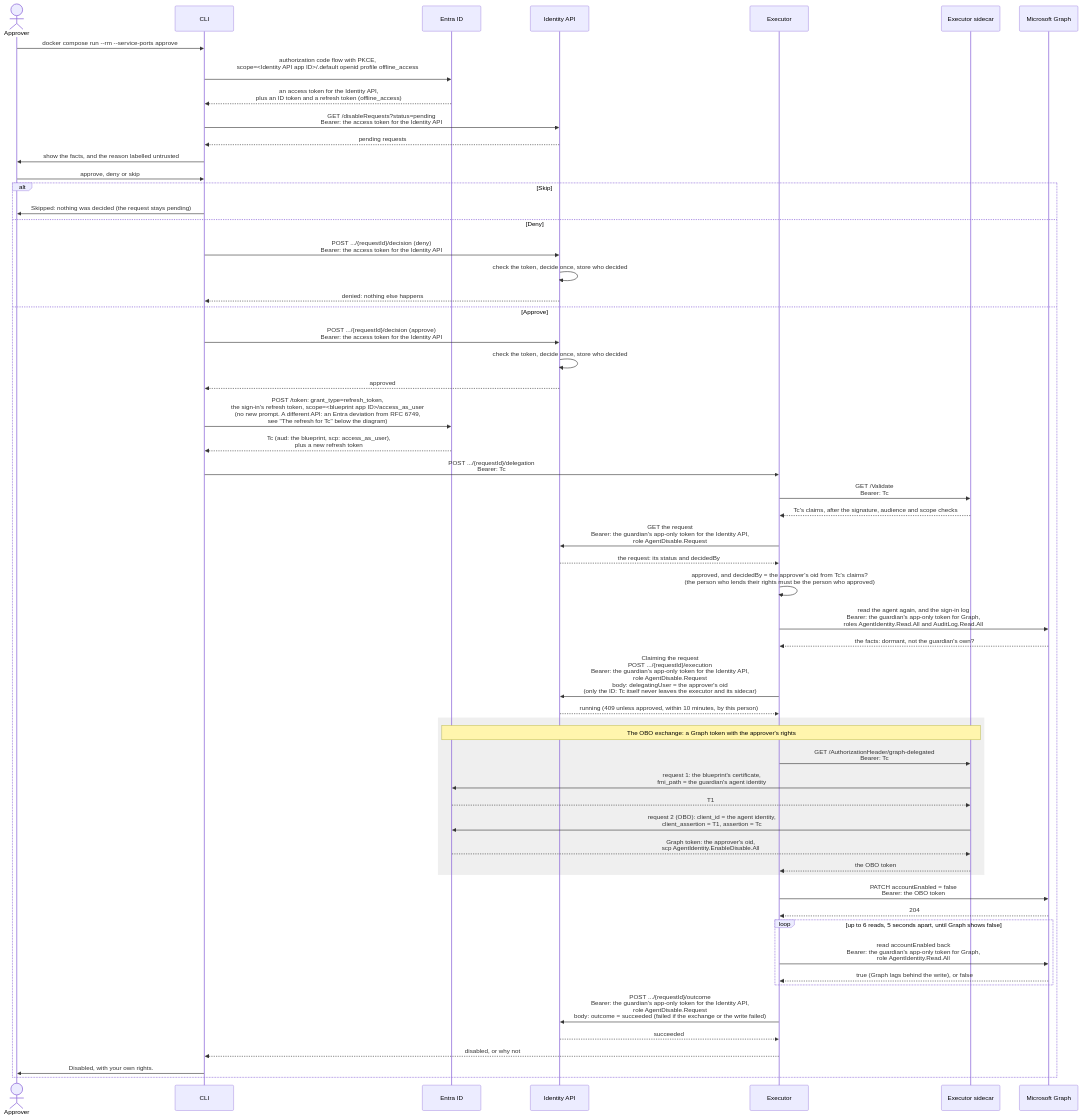
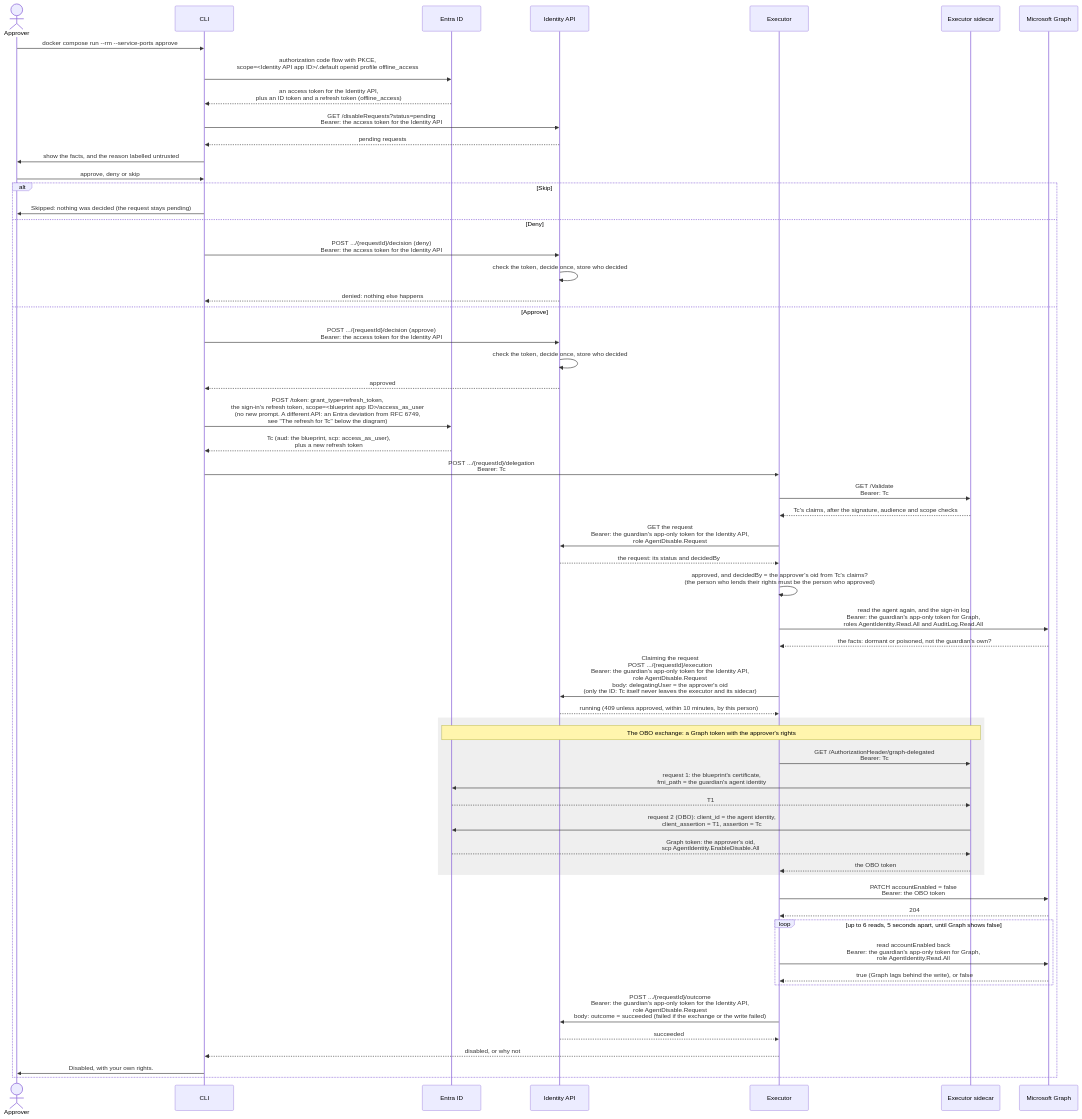
One commit to alireza-mpr/agent-steward changed the fourth of 6 diagrams in docs/agent-steward-architecture.md. Above: the diagram before and after it, drawn with Mermaid. The commit also changed other lines of this file and 21 other files, not shown here.

````diff
--- a/docs/agent-steward-architecture.md
+++ b/docs/agent-steward-architecture.md
@@ -283,61 +283,61 @@
 ```mermaid
 sequenceDiagram
     actor P as Approver
     participant C as CLI
     participant E as Entra ID
     participant A as Identity API
     participant X as Executor
     participant S as Executor sidecar
     participant G as Microsoft Graph
 
     P->>C: docker compose run --rm --service-ports approve
     C->>E: authorization code flow with PKCE,<br/>scope=#lt;Identity API app ID#gt;/.default openid profile offline_access<br/>
     E-->>C: an access token for the Identity API,<br/>plus an ID token and a refresh token (offline_access)
     C->>A: GET /disableRequests?status=pending<br/>Bearer: the access token for the Identity API
     A-->>C: pending requests
     C->>P: show the facts, and the reason labelled untrusted
     P->>C: approve, deny or skip
 
     alt Skip
         C->>P: Skipped: nothing was decided (the request stays pending)
     else Deny
         C->>A: POST .../{requestId}/decision (deny)<br/>Bearer: the access token for the Identity API
         A->>A: check the token, decide once, store who decided
         A-->>C: denied: nothing else happens
     else Approve
         C->>A: POST .../{requestId}/decision (approve)<br/>Bearer: the access token for the Identity API
         A->>A: check the token, decide once, store who decided
         A-->>C: approved
         C->>E: POST /token: grant_type=refresh_token,<br/>the sign-in's refresh token, scope=#lt;blueprint app ID#gt;/access_as_user<br/>(no new prompt. A different API: an Entra deviation from RFC 6749,<br/>see "The refresh for Tc" below the diagram)
         E-->>C: Tc (aud: the blueprint, scp: access_as_user),<br/>plus a new refresh token
         C->>X: POST .../{requestId}/delegation<br/>Bearer: Tc
         X->>S: GET /Validate<br/>Bearer: Tc
         S-->>X: Tc's claims, after the signature, audience and scope checks
         X->>A: GET the request<br/>Bearer: the guardian's app-only token for the Identity API,<br/>role AgentDisable.Request
         A-->>X: the request: its status and decidedBy
         X->>X: approved, and decidedBy = the approver's oid from Tc's claims?<br/>(the person who lends their rights must be the person who approved)
         X->>G: read the agent again, and the sign-in log<br/>Bearer: the guardian's app-only token for Graph,<br/>roles AgentIdentity.Read.All and AuditLog.Read.All
-        G-->>X: the facts: dormant, not the guardian's own?
+        G-->>X: the facts: dormant or poisoned, not the guardian's own?
         X->>A: Claiming the request<br/>POST .../{requestId}/execution<br/>Bearer: the guardian's app-only token for the Identity API,<br/>role AgentDisable.Request<br/>body: delegatingUser = the approver's oid<br/>(only the ID: Tc itself never leaves the executor and its sidecar)
         A-->>X: running (409 unless approved, within 10 minutes, by this person)
         rect rgba(127, 127, 127, 0.12)
             Note over E,S: The OBO exchange: a Graph token with the approver's rights
             X->>S: GET /AuthorizationHeader/graph-delegated<br/>Bearer: Tc
             S->>E: request 1: the blueprint's certificate,<br/>fmi_path = the guardian's agent identity
             E-->>S: T1
             S->>E: request 2 (OBO): client_id = the agent identity,<br/>client_assertion = T1, assertion = Tc
             E-->>S: Graph token: the approver's oid,<br/>scp AgentIdentity.EnableDisable.All
             S-->>X: the OBO token
         end
         X->>G: PATCH accountEnabled = false<br/>Bearer: the OBO token
         G-->>X: 204
         loop up to 6 reads, 5 seconds apart, until Graph shows false
             X->>G: read accountEnabled back<br/>Bearer: the guardian's app-only token for Graph,<br/>role AgentIdentity.Read.All
             G-->>X: true (Graph lags behind the write), or false
         end
         X->>A: POST .../{requestId}/outcome<br/>Bearer: the guardian's app-only token for the Identity API,<br/>role AgentDisable.Request<br/>body: outcome = succeeded (failed if the exchange or the write failed)
         A-->>X: succeeded
         X-->>C: disabled, or why not
         C->>P: Disabled, with your own rights.
     end
 ```
````
